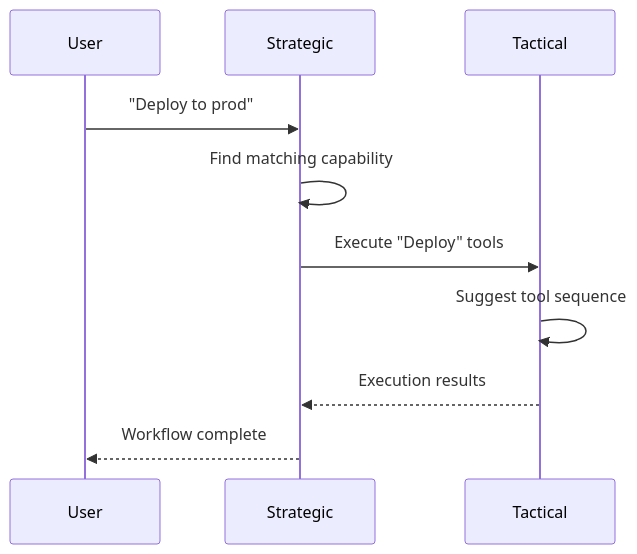
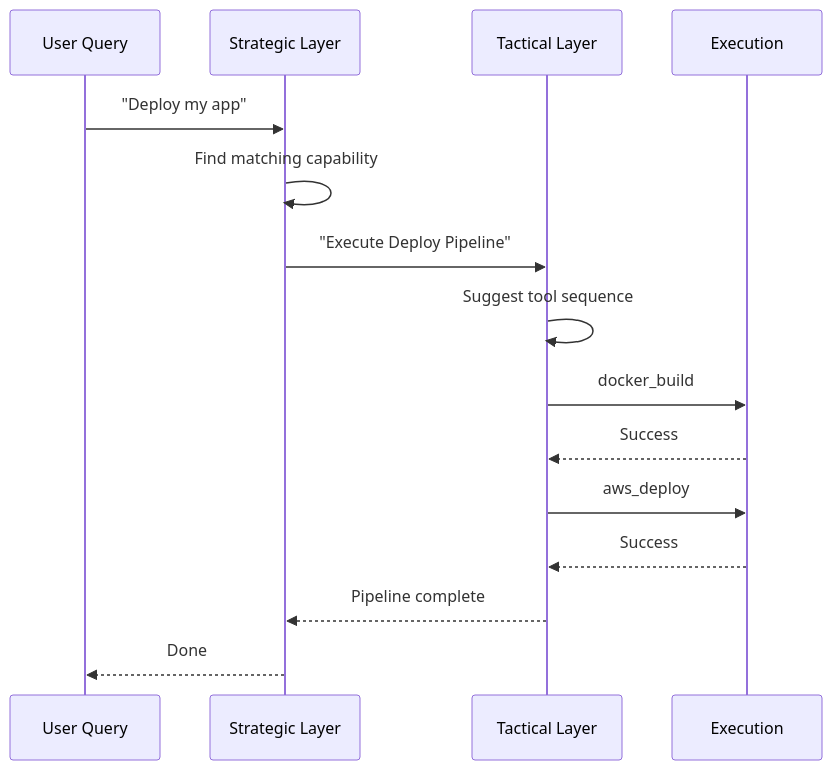
Before and after one commit to Casys-AI/casys-pml: the second of 4 diagrams in src/web/posts/2025-12-18-two-layer-architecture.md, drawn with Mermaid. The commit also changed other lines of this file, not shown here.

Commit message:
blog: complete Two-Layer Architecture article

````diff
--- a/src/web/posts/2025-12-18-two-layer-architecture.md
+++ b/src/web/posts/2025-12-18-two-layer-architecture.md
@@ -87,9 +97,18 @@
 ```mermaid
 sequenceDiagram
-    User->>Strategic: "Deploy to prod"
-    Strategic->>Strategic: Find matching capability
-    Strategic->>Tactical: Execute "Deploy" tools
-    Tactical->>Tactical: Suggest tool sequence
-    Tactical-->>Strategic: Execution results
-    Strategic-->>User: Workflow complete
+    participant U as User Query
+    participant S as Strategic Layer
+    participant T as Tactical Layer
+    participant E as Execution
+
+    U->>S: "Deploy my app"
+    S->>S: Find matching capability
+    S->>T: "Execute Deploy Pipeline"
+    T->>T: Suggest tool sequence
+    T->>E: docker_build
+    E-->>T: Success
+    T->>E: aws_deploy
+    E-->>T: Success
+    T-->>S: Pipeline complete
+    S-->>U: Done
 ```
````
